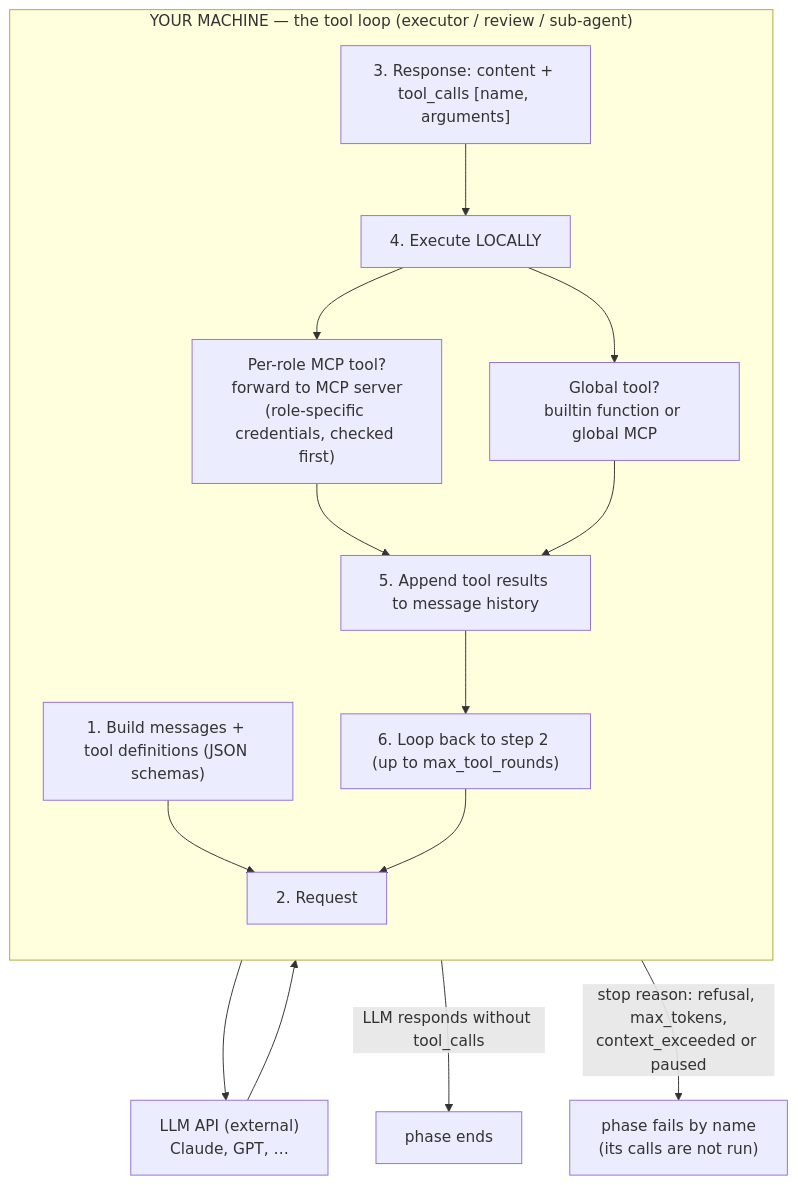
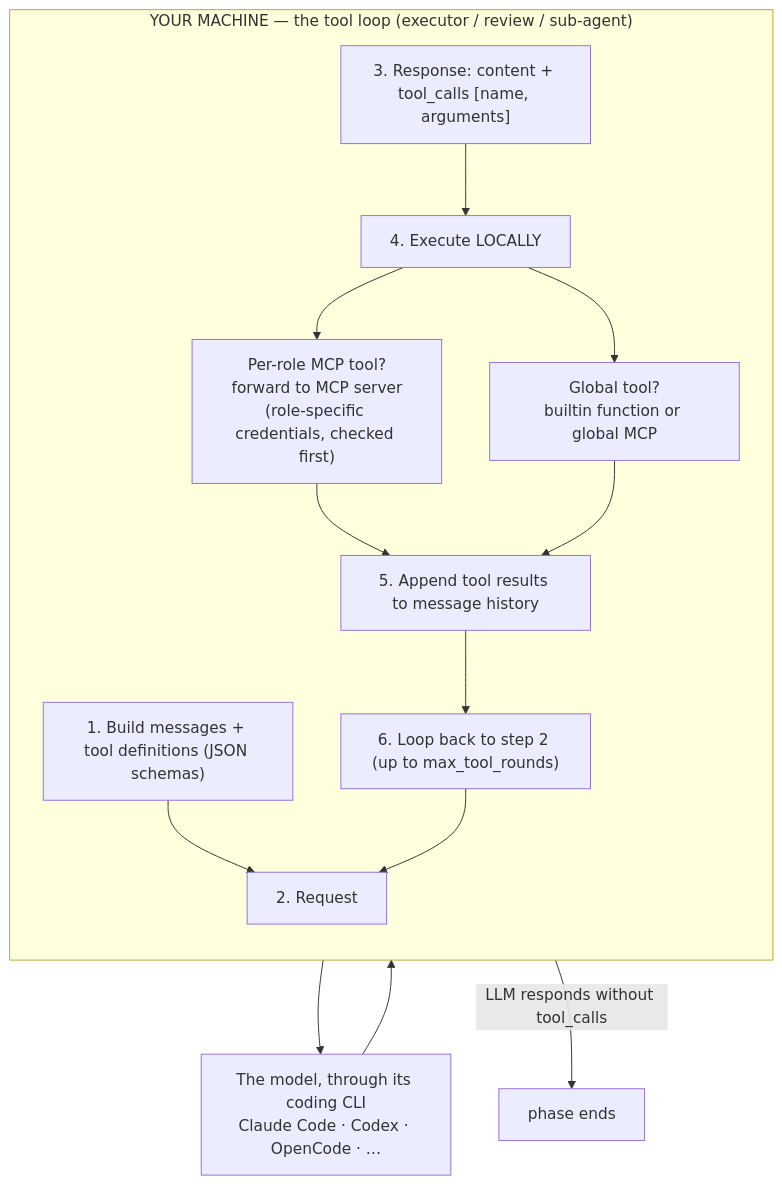
One commit to crewlet/crewlet changed the second of 5 diagrams in docs/concepts/agent-runtime.md. Above: the diagram before and after it, drawn with Mermaid. The commit also changed other lines of this file and 601 other files, not shown here.

````diff
--- a/docs/concepts/agent-runtime.md
+++ b/docs/concepts/agent-runtime.md
@@ -131,27 +128,26 @@
 ```mermaid
 flowchart TD
     subgraph machine["YOUR MACHINE — the tool loop (executor / review / sub-agent)"]
         direction TB
         S1["1. Build messages + tool definitions (JSON schemas)"]
         S2["2. Request"]
         S3["3. Response: content + tool_calls [name, arguments]"]
         S4["4. Execute LOCALLY"]
         S5["5. Append tool results to message history"]
         S6["6. Loop back to step 2 (up to max_tool_rounds)"]
         MCP["Per-role MCP tool?<br/>forward to MCP server<br/>(role-specific credentials, checked first)"]
         GLOBAL["Global tool?<br/>builtin function or global MCP"]
         S1 --> S2
         S3 --> S4
         S4 --> MCP
         S4 --> GLOBAL
         MCP --> S5
         GLOBAL --> S5
         S5 --> S6
         S6 --> S2
     end
-    LLM["LLM API (external)<br/>Claude, GPT, …"]
+    LLM["The model, through its coding CLI<br/>Claude Code · Codex · OpenCode · …"]
     S2 --> LLM
     LLM --> S3
     S6 -->|"LLM responds without tool_calls"| DONE["phase ends"]
-    S3 -->|"stop reason: refusal, max_tokens,<br/>context_exceeded or paused"| FAIL["phase fails by name<br/>(its calls are not run)"]
 ```
````
